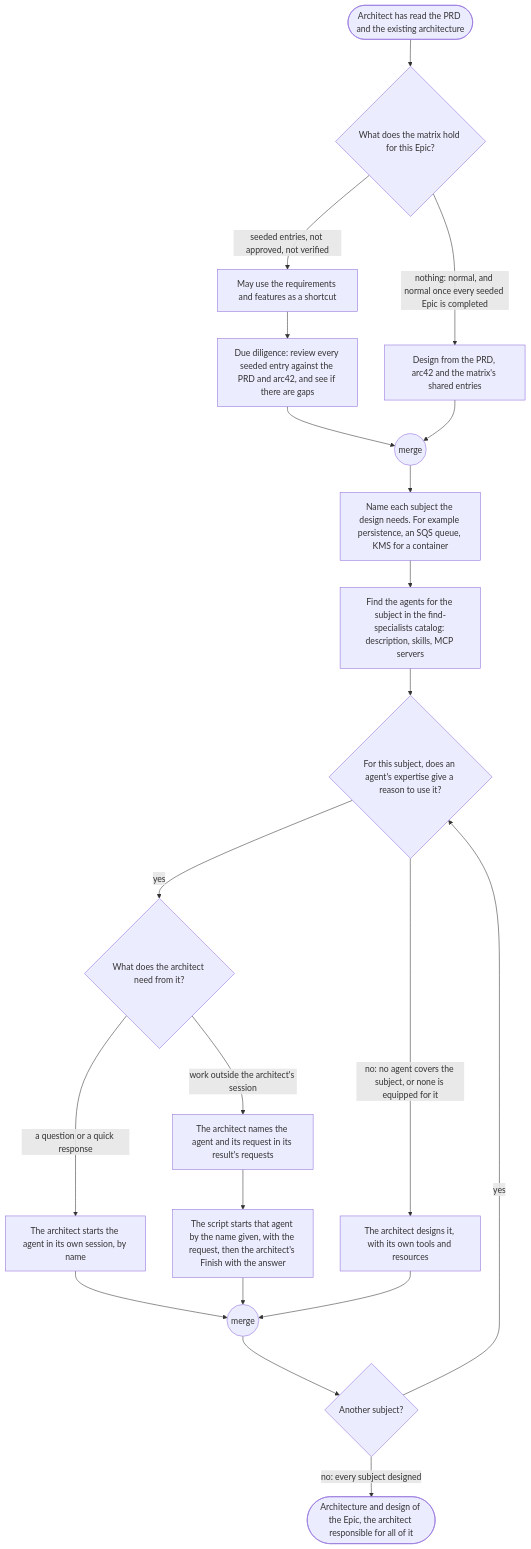
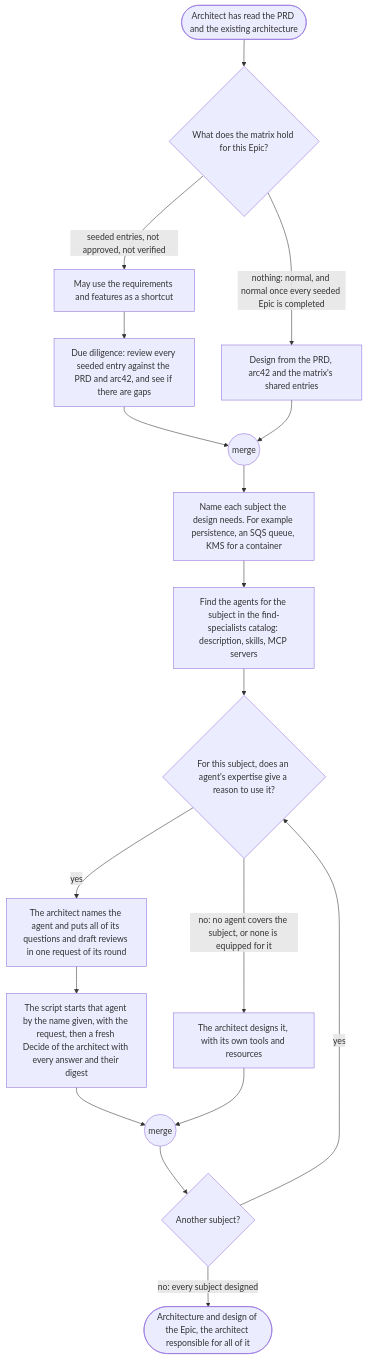
The third of 8 diagrams in plugins/agent-teams-workforce/blueprint/design/pipelines-elaboration.md (mark-satterfield/toolset), drawn with Mermaid before and after one commit. The commit also changed other lines of this file and 28 other files, not shown here.

````diff
--- a/plugins/agent-teams-workforce/blueprint/design/pipelines-elaboration.md
+++ b/plugins/agent-teams-workforce/blueprint/design/pipelines-elaboration.md
@@ -299,23 +297,20 @@
 ```mermaid
 flowchart TD
     s(["Architect has read the PRD and the existing architecture"]) --> q1{"What does the matrix hold for this Epic?"}
     q1 -->|"nothing: normal, and normal once every seeded Epic is completed"| fresh["Design from the PRD, arc42 and the matrix's shared entries"]
     q1 -->|"seeded entries, not approved, not verified"| short["May use the requirements and features as a shortcut"]
     short --> dd["Due diligence: review every seeded entry against the PRD and arc42, and see if there are gaps"]
     dd --> m1(("merge"))
     fresh --> m1
     m1 --> subj["Name each subject the design needs. For example persistence, an SQS queue, KMS for a container"]
     subj --> cat["Find the agents for the subject in the find-specialists catalog: description, skills, MCP servers"]
     cat --> q2{"For this subject, does an agent's expertise give a reason to use it?"}
-    q2 -->|"yes"| how{"What does the architect need from it?"}
-    how -->|"a question or a quick response"| ask["The architect starts the agent in its own session, by name"]
-    how -->|"work outside the architect's session"| req["The architect names the agent and its request in its result's requests"]
-    req --> route["The script starts that agent by the name given, with the request, then the architect's Finish with the answer"]
+    q2 -->|"yes"| req["The architect names the agent and puts all of its questions and draft reviews in one request of its round"]
+    req --> route["The script starts that agent by the name given, with the request, then a fresh Decide of the architect with every answer and their digest"]
     q2 -->|"no: no agent covers the subject, or none is equipped for it"| self["The architect designs it, with its own tools and resources"]
-    ask --> m2(("merge"))
-    route --> m2
+    route --> m2(("merge"))
     self --> m2
     m2 --> more{"Another subject?"}
     more -->|"yes"| q2
     more -->|"no: every subject designed"| out(["Architecture and design of the Epic, the architect responsible for all of it"])
 ```
````
